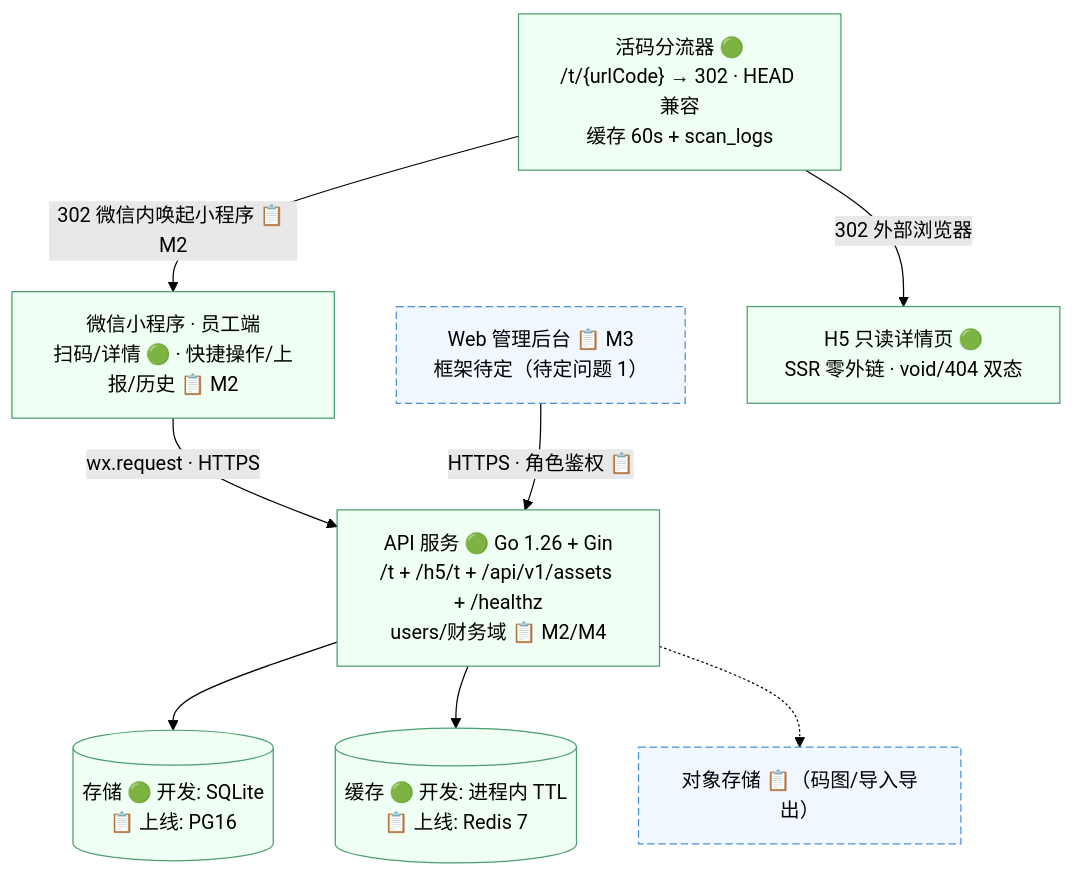
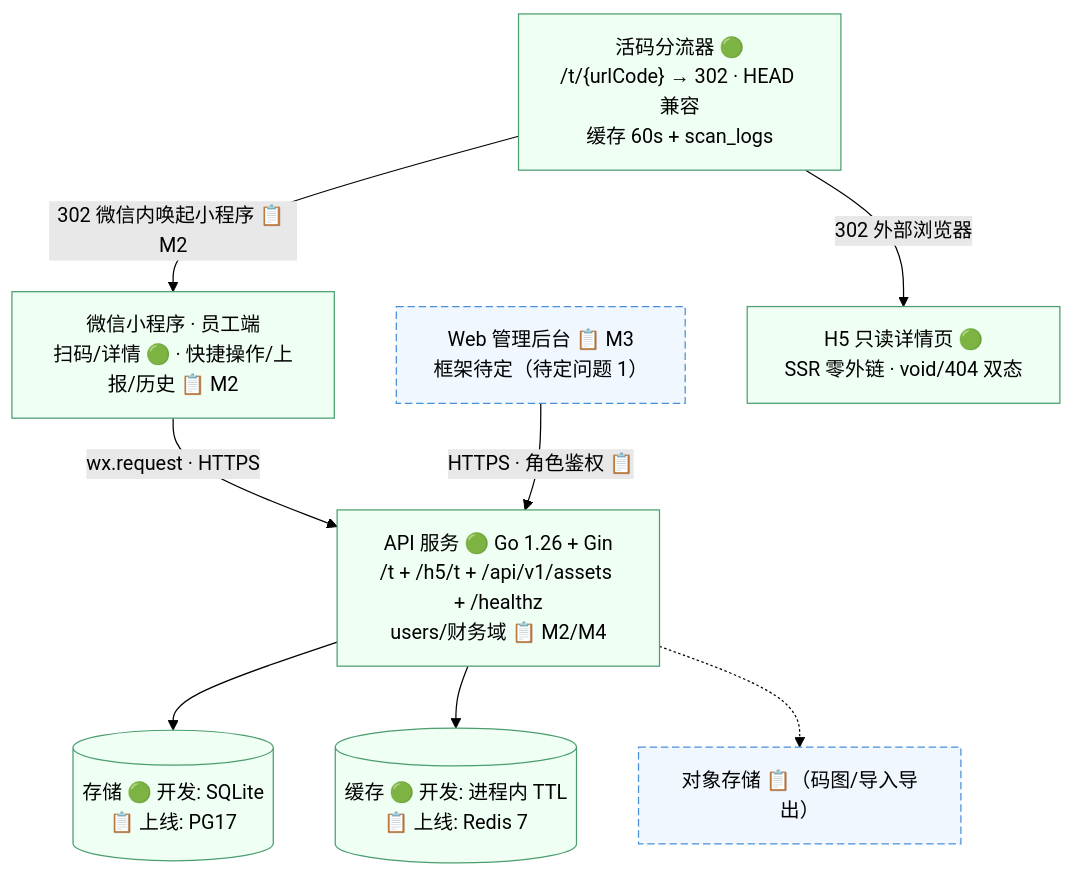
The diagram in CLAUDE.md (changzhi777/MuTag), drawn with Mermaid (forest theme) before and after one commit. The commit also changed other lines of this file and 5 other files, not shown here.

````diff
--- a/CLAUDE.md
+++ b/CLAUDE.md
@@ -55,30 +55,30 @@
 ```mermaid
 graph TD
     MP["微信小程序 · 员工端<br/>扫码/详情 🟢 · 快捷操作/上报/历史 📋 M2"]
     AW["Web 管理后台 📋 M3<br/>框架待定（待定问题 1）"]
     SL["活码分流器 🟢<br/>/t/{urlCode} → 302 · HEAD 兼容<br/>缓存 60s + scan_logs"]
     H5["H5 只读详情页 🟢<br/>SSR 零外链 · void/404 双态"]
 
     API["API 服务 🟢 Go 1.26 + Gin<br/>/t + /h5/t + /api/v1/assets + /healthz<br/>users/财务域 📋 M2/M4"]
 
-    DB[("存储 🟢 开发: SQLite<br/>📋 上线: PG16")]
+    DB[("存储 🟢 开发: SQLite<br/>📋 上线: PG17")]
     CACHE[("缓存 🟢 开发: 进程内 TTL<br/>📋 上线: Redis 7")]
     OSS["对象存储 📋（码图/导入导出）"]
 
     MP -->|"wx.request · HTTPS"| API
     AW -->|"HTTPS · 角色鉴权 📋"| API
     SL -->|"302 微信内唤起小程序 📋 M2"| MP
     SL -->|"302 外部浏览器"| H5
     API --> DB
     API --> CACHE
     API -.-> OSS
 
     style MP fill:#f0fff4,stroke:#4a9d6e
     style SL fill:#f0fff4,stroke:#4a9d6e
     style H5 fill:#f0fff4,stroke:#4a9d6e
     style API fill:#f0fff4,stroke:#4a9d6e
     style DB fill:#f0fff4,stroke:#4a9d6e
     style CACHE fill:#f0fff4,stroke:#4a9d6e
     style AW fill:#f0f7ff,stroke:#4a90d9,stroke-dasharray:6 3
     style OSS fill:#f0f7ff,stroke:#4a90d9,stroke-dasharray:6 3
 ```
````
